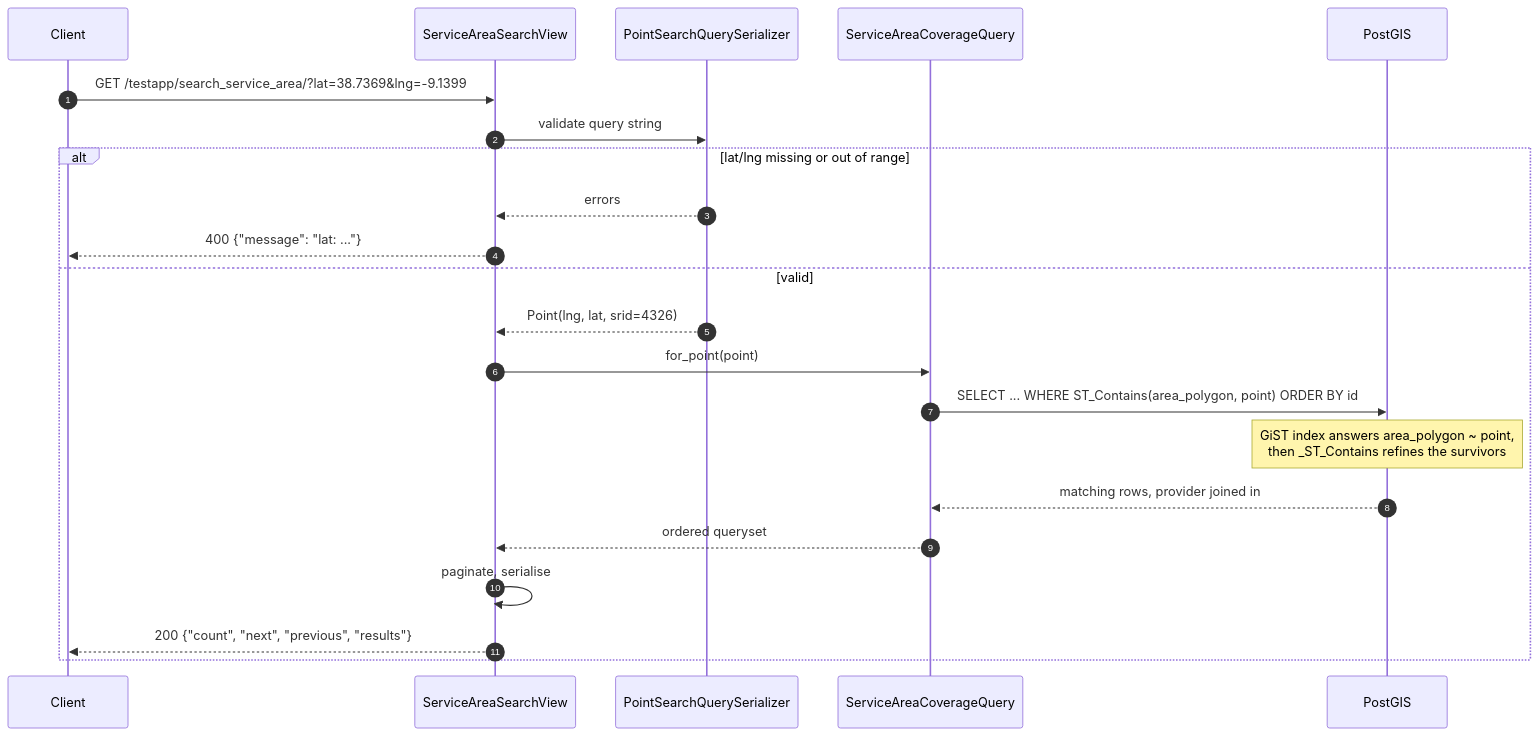
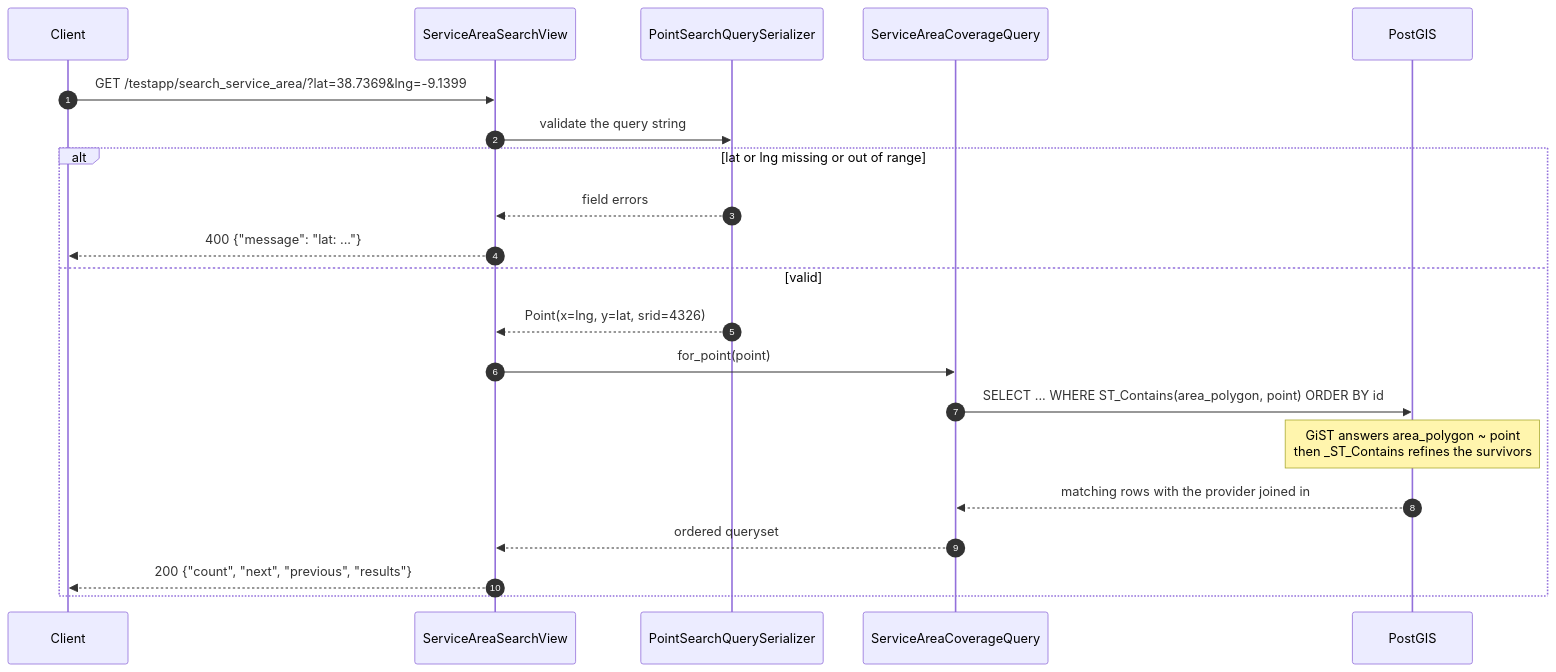
The first of 2 diagrams in README.md (dev-sas002/mozio-test), drawn with Mermaid before and after one commit. The commit also changed other lines of this file and 1 other file, not shown here.

````diff
--- a/README.md
+++ b/README.md
@@ -125,25 +22,23 @@
 ```mermaid
 sequenceDiagram
     autonumber
     participant C as Client
     participant V as ServiceAreaSearchView
     participant S as PointSearchQuerySerializer
     participant Q as ServiceAreaCoverageQuery
     participant P as PostGIS
-
     C->>V: GET /testapp/search_service_area/?lat=38.7369&lng=-9.1399
-    V->>S: validate query string
-    alt lat/lng missing or out of range
-        S-->>V: errors
+    V->>S: validate the query string
+    alt lat or lng missing or out of range
+        S-->>V: field errors
         V-->>C: 400 {"message": "lat: ..."}
     else valid
-        S-->>V: Point(lng, lat, srid=4326)
+        S-->>V: Point(x=lng, y=lat, srid=4326)
         V->>Q: for_point(point)
         Q->>P: SELECT ... WHERE ST_Contains(area_polygon, point) ORDER BY id
-        Note over P: GiST index answers area_polygon ~ point,<br/>then _ST_Contains refines the survivors
-        P-->>Q: matching rows, provider joined in
+        Note over P: GiST answers area_polygon ~ point<br/>then _ST_Contains refines the survivors
+        P-->>Q: matching rows with the provider joined in
         Q-->>V: ordered queryset
-        V->>V: paginate, serialise
         V-->>C: 200 {"count", "next", "previous", "results"}
     end
 ```
````
